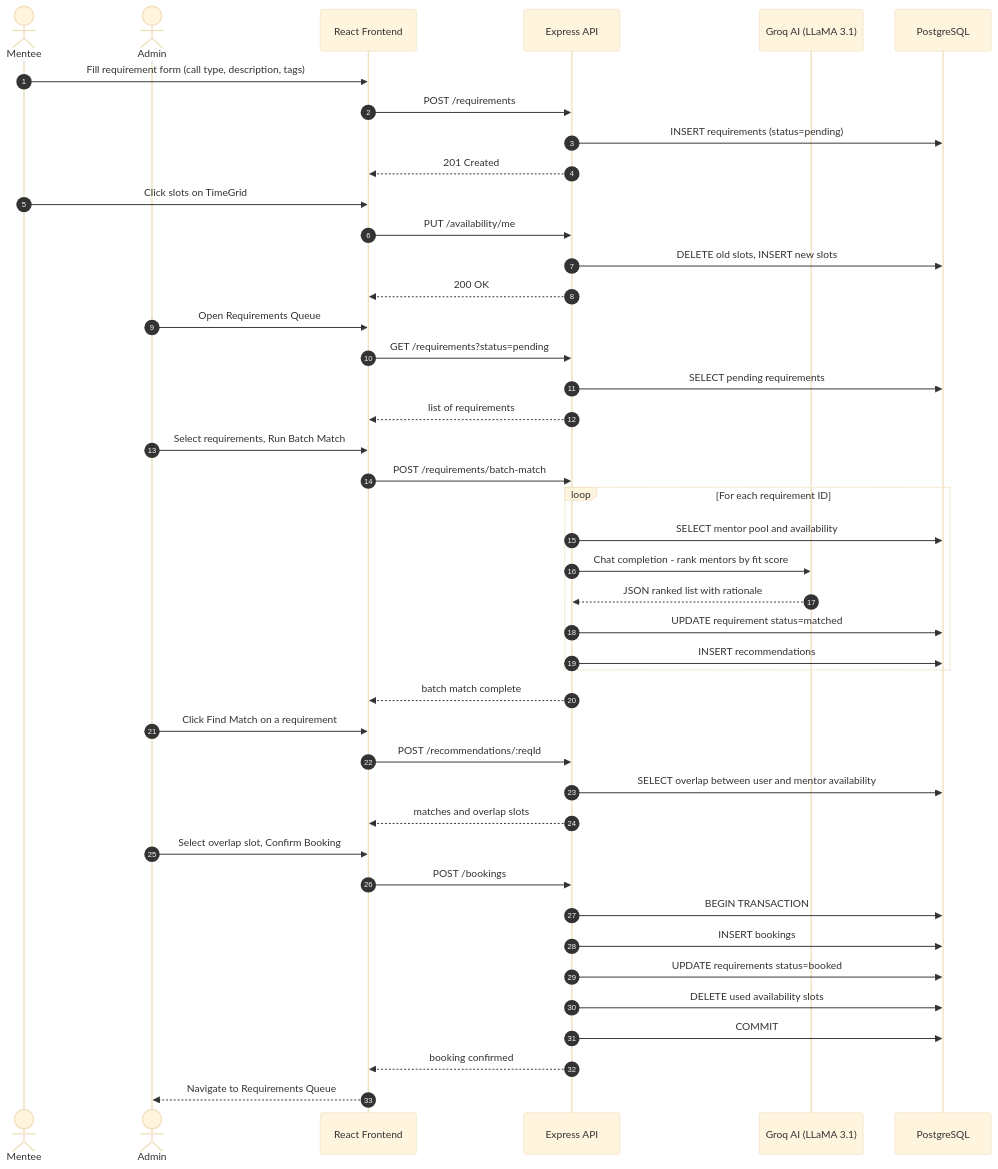
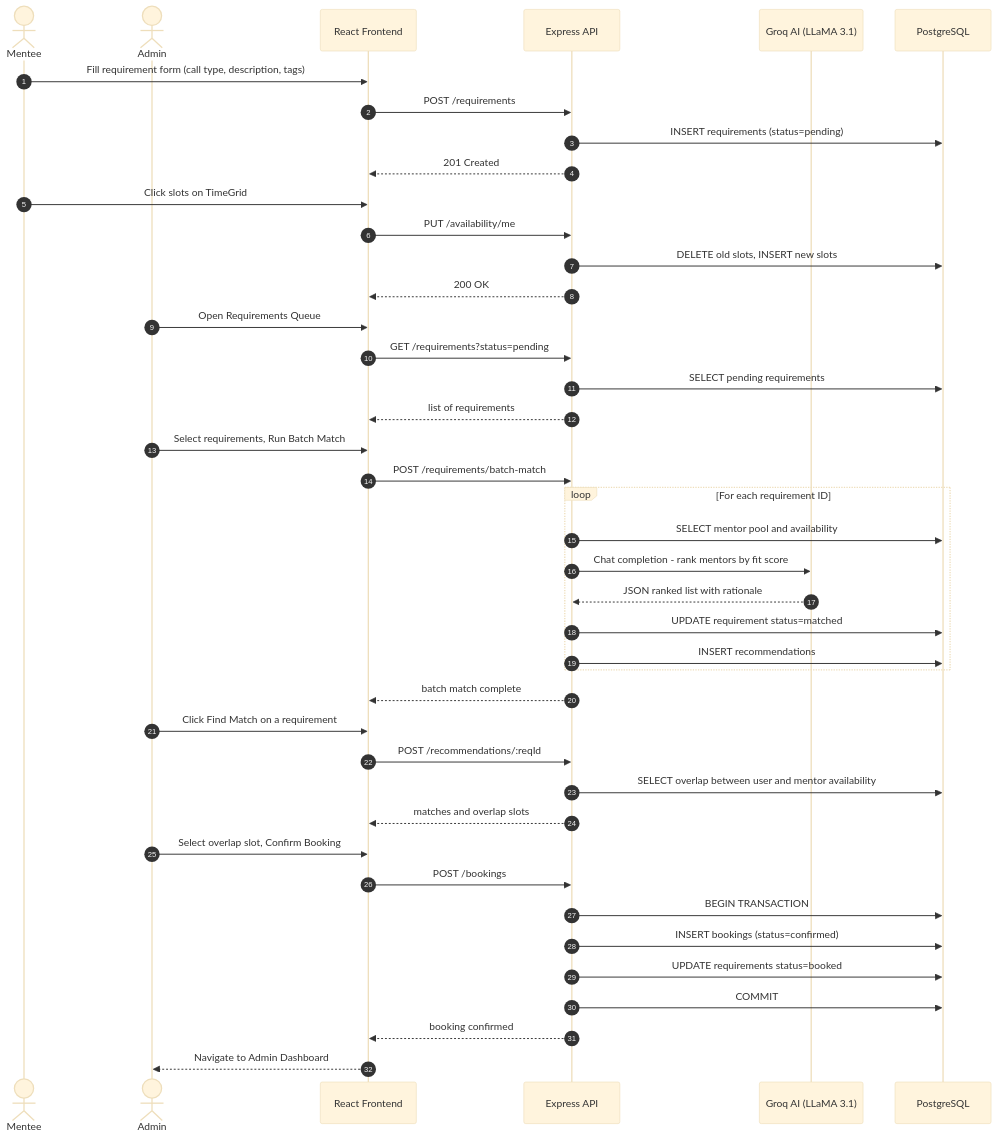
The third of 7 diagrams in README.md (BugHunterX2101/mentoring_call_scheduling_system), drawn with Mermaid (base theme) before and after one commit. The commit also changed other lines of this file, not shown here.

Commit message:
docs: Update README with all bug fixes, corrected ER diagram, sequence diagram, setup commands, file structure, and Changelog section

````diff
--- a/README.md
+++ b/README.md
@@ -206,53 +214,52 @@
 ```mermaid
 sequenceDiagram
     autonumber
     actor Mentee
     actor Admin
     participant Frontend as React Frontend
     participant API as Express API
     participant Groq as Groq AI (LLaMA 3.1)
     participant DB as PostgreSQL
 
     Mentee->>Frontend: Fill requirement form (call type, description, tags)
     Frontend->>API: POST /requirements
     API->>DB: INSERT requirements (status=pending)
     API-->>Frontend: 201 Created
 
     Mentee->>Frontend: Click slots on TimeGrid
     Frontend->>API: PUT /availability/me
     API->>DB: DELETE old slots, INSERT new slots
     API-->>Frontend: 200 OK
 
     Admin->>Frontend: Open Requirements Queue
     Frontend->>API: GET /requirements?status=pending
     API->>DB: SELECT pending requirements
     API-->>Frontend: list of requirements
 
     Admin->>Frontend: Select requirements, Run Batch Match
     Frontend->>API: POST /requirements/batch-match
 
     loop For each requirement ID
         API->>DB: SELECT mentor pool and availability
         API->>Groq: Chat completion - rank mentors by fit score
         Groq-->>API: JSON ranked list with rationale
         API->>DB: UPDATE requirement status=matched
         API->>DB: INSERT recommendations
     end
 
     API-->>Frontend: batch match complete
 
     Admin->>Frontend: Click Find Match on a requirement
     Frontend->>API: POST /recommendations/:reqId
     API->>DB: SELECT overlap between user and mentor availability
     API-->>Frontend: matches and overlap slots
 
     Admin->>Frontend: Select overlap slot, Confirm Booking
     Frontend->>API: POST /bookings
     API->>DB: BEGIN TRANSACTION
-    API->>DB: INSERT bookings
+    API->>DB: INSERT bookings (status=confirmed)
     API->>DB: UPDATE requirements status=booked
-    API->>DB: DELETE used availability slots
     API->>DB: COMMIT
     API-->>Frontend: booking confirmed
-    Frontend-->>Admin: Navigate to Requirements Queue
+    Frontend-->>Admin: Navigate to Admin Dashboard
 ```
````
